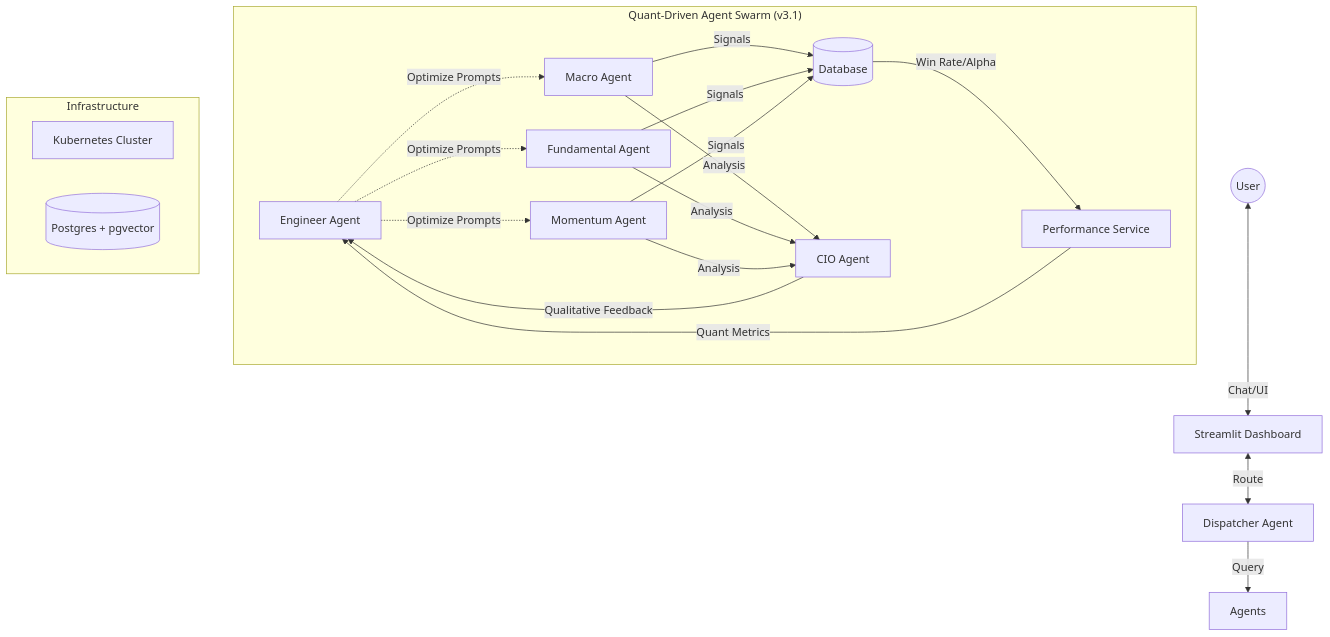
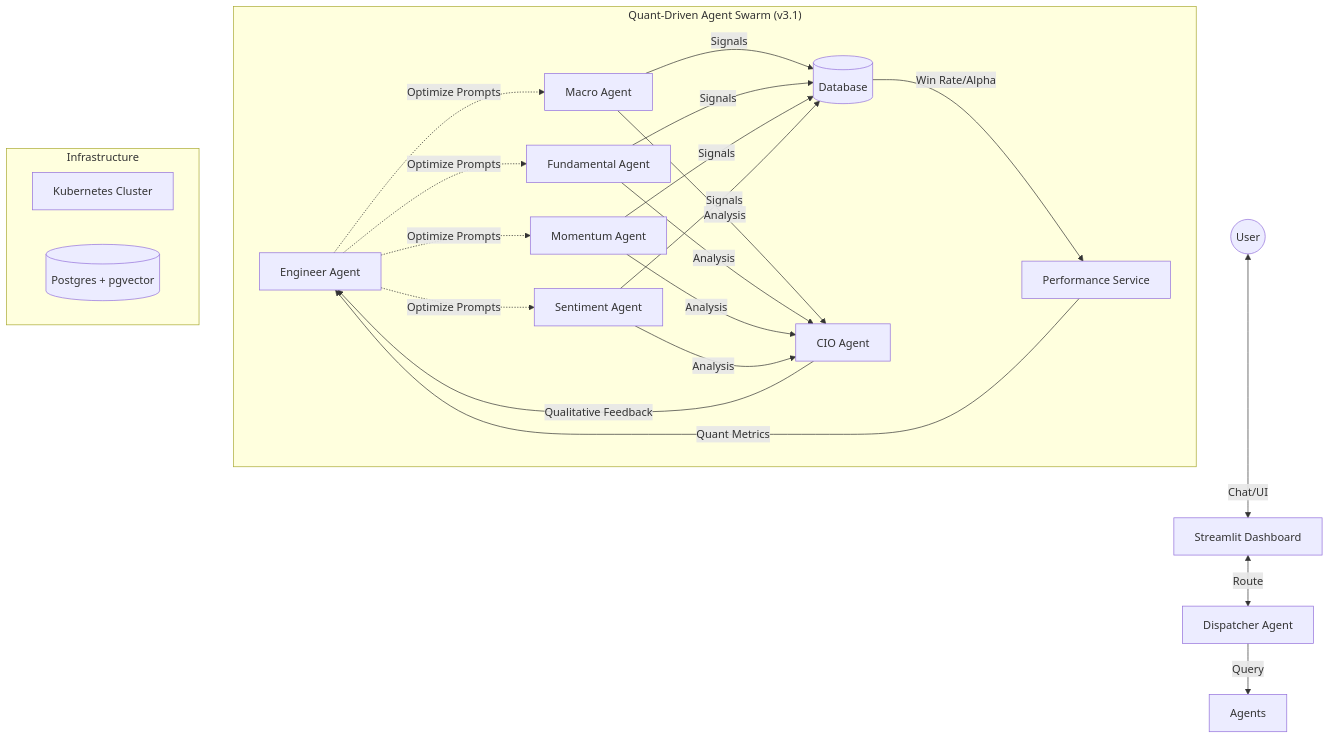
The diagram in README.md (neohsiung/AI-Investment-Advisor), drawn with Mermaid before and after one commit. The commit also changed 6 other files, not shown here.

First line of the commit message:
docs(v3.1): update architecture & specs for agent swarm, k8s, and self-correction | 更新架構與規格文檔以反映代理集群、K8s 與自我修正機制

````diff
--- a/README.md
+++ b/README.md
@@ -32,28 +32,29 @@
 ```mermaid
 graph TD
     User((User)) <-->|Chat/UI| DASH[Streamlit Dashboard]
     DASH <-->|Route| DISP[Dispatcher Agent]
     
     DISP -->|Query| Agents
     
     subgraph "Quant-Driven Agent Swarm (v3.1)"
         ENG[Engineer Agent]
         MA[Macro Agent]
         FA[Fundamental Agent]
         MO[Momentum Agent]
+        SA[Sentiment Agent]
         CIO[CIO Agent]
         PERF[Performance Service]
         
-        MA & FA & MO -->|Signals| DB[(Database)]
-        MA & FA & MO -->|Analysis| CIO
+        MA & FA & MO & SA -->|Signals| DB[(Database)]
+        MA & FA & MO & SA -->|Analysis| CIO
         DB -->|Win Rate/Alpha| PERF
         CIO -->|Qualitative Feedback| ENG
         PERF -->|Quant Metrics| ENG
-        ENG -.->|Optimize Prompts| MA & FA & MO
+        ENG -.->|Optimize Prompts| MA & FA & MO & SA
     end
 
     subgraph Infrastructure
         K8S[Kubernetes Cluster]
         POSTGRES[(Postgres + pgvector)]
     end
 ```
````
